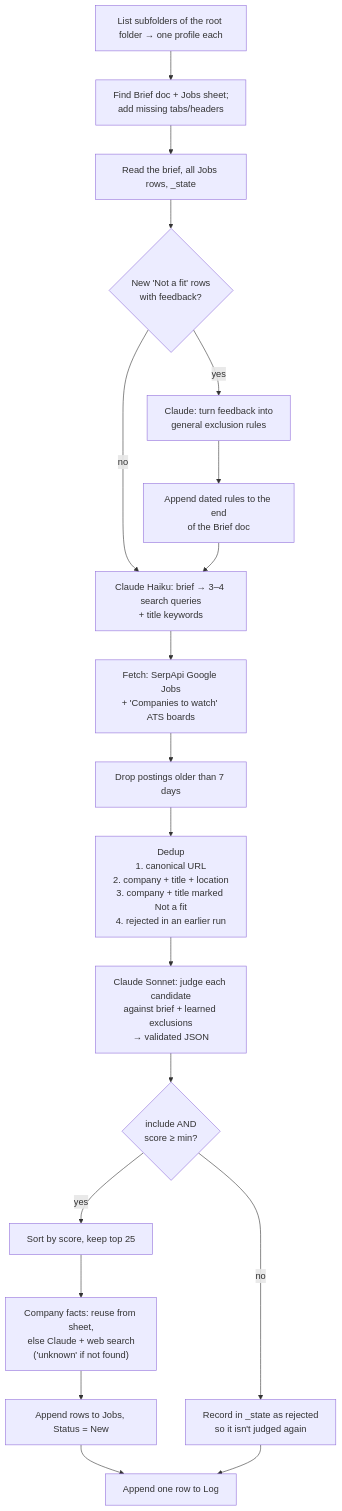
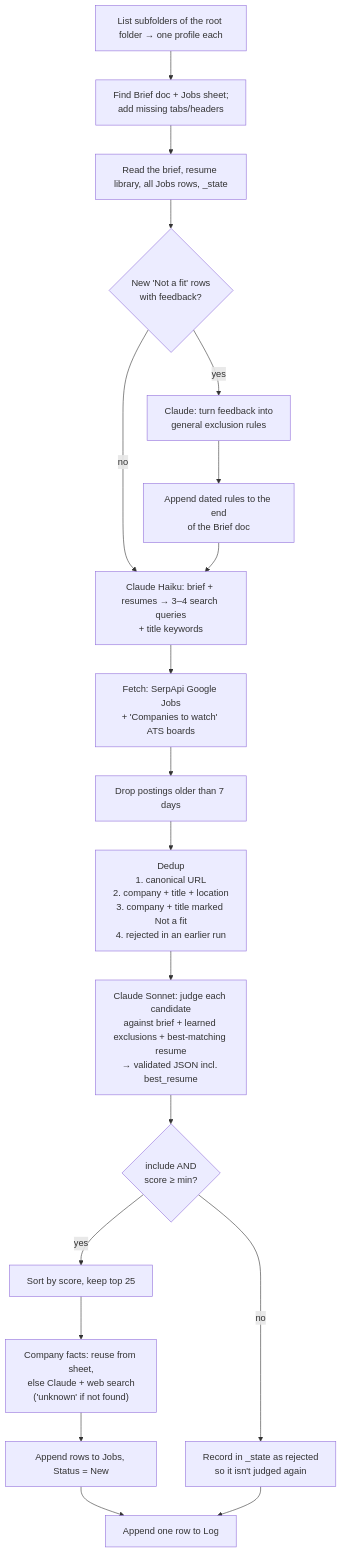
One commit to juliavasan/job-scout changed the second of 5 diagrams in docs/ARCHITECTURE.md. Above: the diagram before and after it, drawn with Mermaid. The commit also changed other lines of this file and 8 other files, not shown here.

First line of the commit message:
Resume library: per-person Resumes folder drives search, judging and a Best resume column

````diff
--- a/docs/ARCHITECTURE.md
+++ b/docs/ARCHITECTURE.md
@@ -61,21 +62,21 @@
 ```mermaid
 flowchart TD
     A["List subfolders of the root folder → one profile each"] --> A2["Find Brief doc + Jobs sheet;<br/>add missing tabs/headers"]
-    A2 --> B["Read the brief, all Jobs rows, _state"]
+    A2 --> B["Read the brief, resume library, all Jobs rows, _state"]
     B --> C{"New 'Not a fit' rows<br/>with feedback?"}
     C -- yes --> D["Claude: turn feedback into<br/>general exclusion rules"]
     D --> E["Append dated rules to the end<br/>of the Brief doc"]
     C -- no --> F
-    E --> F["Claude Haiku: brief → 3–4 search queries<br/>+ title keywords"]
+    E --> F["Claude Haiku: brief + resumes → 3–4 search queries<br/>+ title keywords"]
     F --> G["Fetch: SerpApi Google Jobs<br/>+ 'Companies to watch' ATS boards"]
     G --> H["Drop postings older than 7 days"]
     H --> I["Dedup<br/>1. canonical URL<br/>2. company + title + location<br/>3. company + title marked Not a fit<br/>4. rejected in an earlier run"]
-    I --> J["Claude Sonnet: judge each candidate<br/>against brief + learned exclusions<br/>→ validated JSON"]
+    I --> J["Claude Sonnet: judge each candidate<br/>against brief + learned exclusions + best-matching resume<br/>→ validated JSON incl. best_resume"]
     J --> K{"include AND<br/>score ≥ min?"}
     K -- no --> L["Record in _state as rejected<br/>so it isn't judged again"]
     K -- yes --> M["Sort by score, keep top 25"]
     M --> N["Company facts: reuse from sheet,<br/>else Claude + web search<br/>('unknown' if not found)"]
     N --> O["Append rows to Jobs, Status = New"]
     O --> P["Append one row to Log"]
     L --> P
 ```
````
